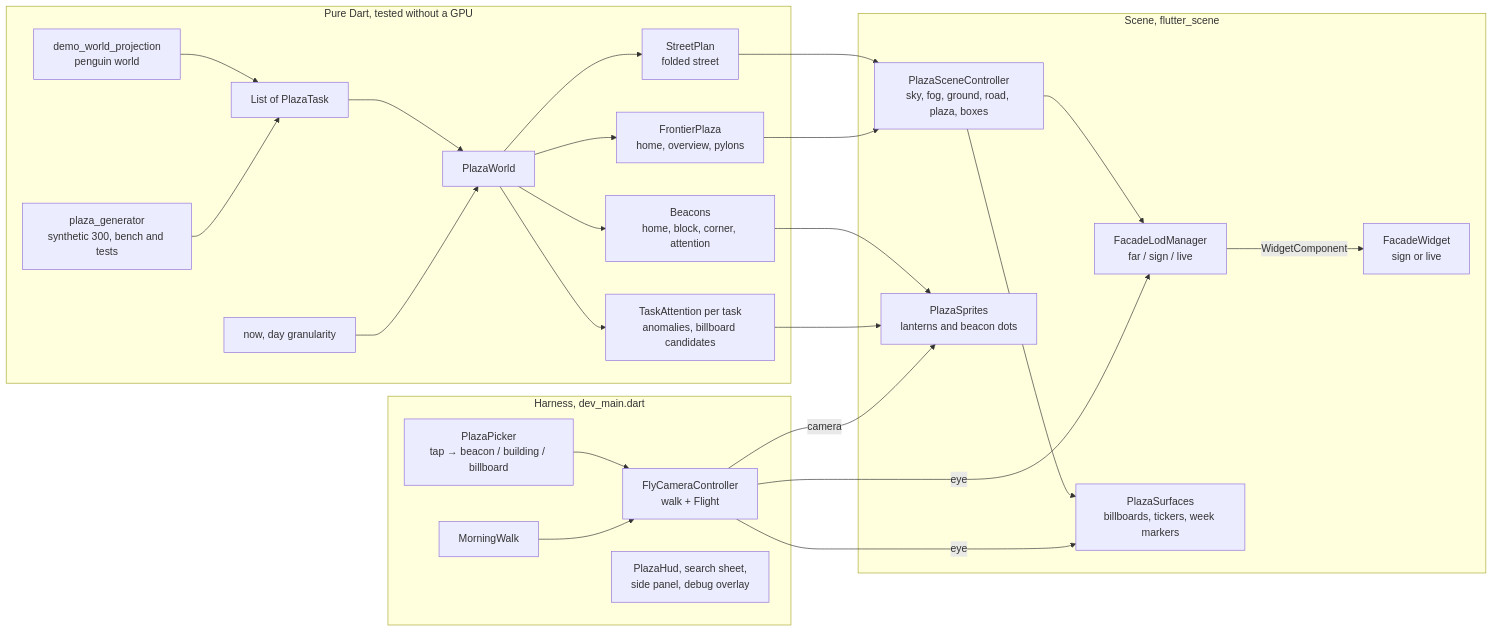
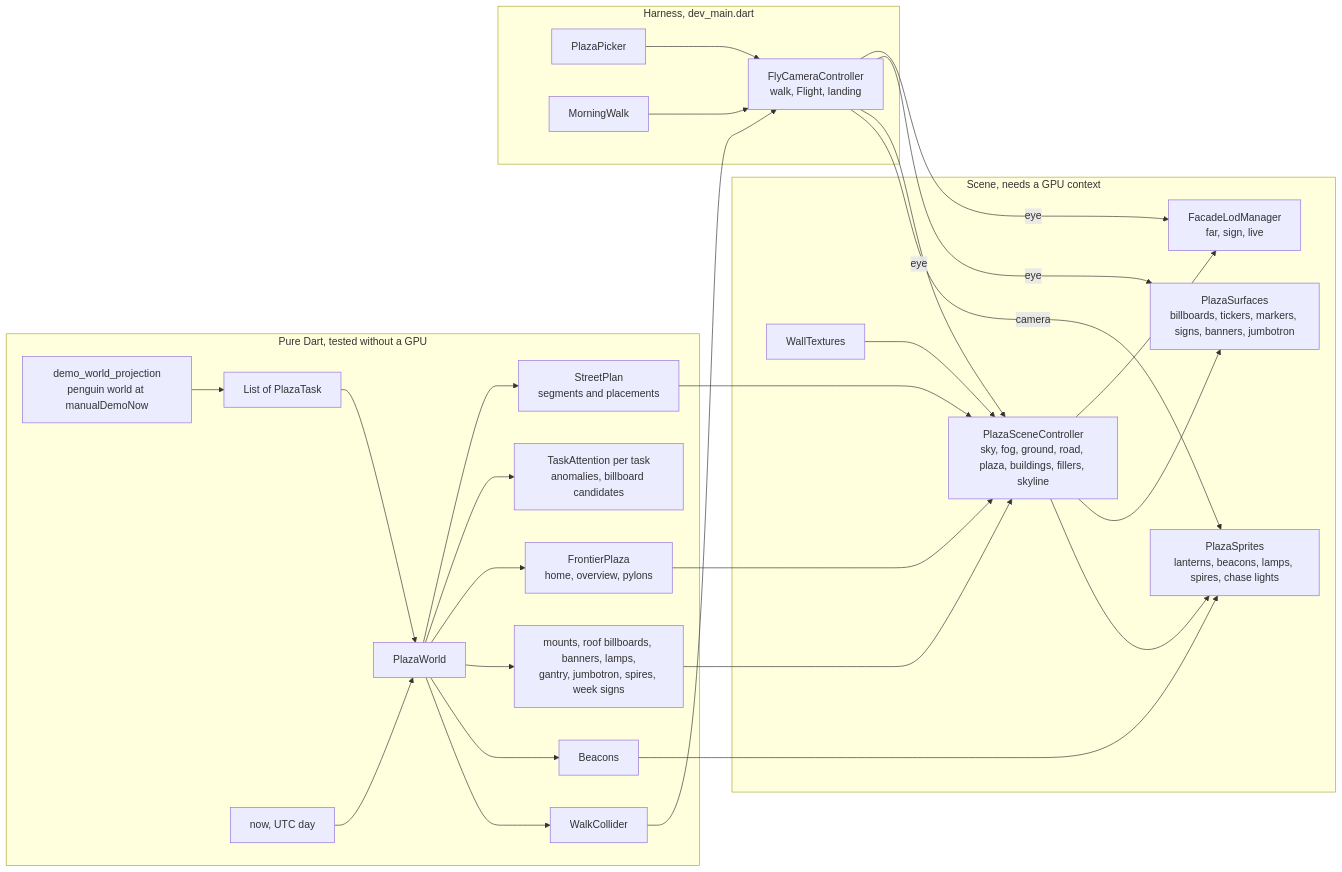
Before and after one commit to matthiasn/lotti: the first of 4 diagrams in knowledge/features/plaza.md, drawn with Mermaid. The commit also changed other lines of this file and 5 other files, not shown here.

````diff
--- a/knowledge/features/plaza.md
+++ b/knowledge/features/plaza.md
@@ -63,30 +95,33 @@
 ```mermaid
 flowchart LR
-  subgraph data [Pure Dart, tested without a GPU]
-    Demo[demo_world_projection\npenguin world] --> Tasks[List of PlazaTask]
-    Gen[plaza_generator\nsynthetic 300, bench and tests] --> Tasks
-    Tasks --> World[PlazaWorld]
-    Clock[now, day granularity] --> World
-    World --> Plan[StreetPlan\nfolded street]
-    World --> Att[TaskAttention per task\nanomalies, billboard candidates]
-    World --> Plaza[FrontierPlaza\nhome, overview, pylons]
-    World --> Beacons[Beacons\nhome, block, corner, attention]
+  subgraph pure ["Pure Dart, tested without a GPU"]
+    Demo["demo_world_projection<br/>penguin world at manualDemoNow"] --> Tasks["List of PlazaTask"]
+    Tasks --> World["PlazaWorld"]
+    Clock["now, UTC day"] --> World
+    World --> Plan["StreetPlan<br/>segments and placements"]
+    World --> Att["TaskAttention per task<br/>anomalies, billboard candidates"]
+    World --> Plaza["FrontierPlaza<br/>home, overview, pylons"]
+    World --> Overlays["mounts, roof billboards, banners, lamps,<br/>gantry, jumbotron, spires, week signs"]
+    World --> Beacons["Beacons"]
+    World --> Collider["WalkCollider"]
   end
-  subgraph scene [Scene, flutter_scene]
-    Plan --> SceneCtl[PlazaSceneController\nsky, fog, ground, road, plaza, boxes]
-    Plaza --> SceneCtl
-    SceneCtl --> LOD[FacadeLodManager\nfar / sign / live]
-    SceneCtl --> Surfaces[PlazaSurfaces\nbillboards, tickers, week markers]
-    Beacons --> Sprites[PlazaSprites\nlanterns and beacon dots]
-    Att --> Sprites
-    LOD -->|WidgetComponent| Facade[FacadeWidget\nsign or live]
+  subgraph scene ["Scene, needs a GPU context"]
+    Plan --> Ctl["PlazaSceneController<br/>sky, fog, ground, road, plaza, buildings, fillers, skyline"]
+    Plaza --> Ctl
+    Overlays --> Ctl
+    Walls["WallTextures"] --> Ctl
+    Ctl --> LOD["FacadeLodManager<br/>far, sign, live"]
+    Ctl --> Surfaces["PlazaSurfaces<br/>billboards, tickers, markers, signs, banners, jumbotron"]
+    Ctl --> Sprites["PlazaSprites<br/>lanterns, beacons, lamps, spires, chase lights"]
+    Beacons --> Sprites
   end
-  subgraph harness [Harness, dev_main.dart]
-    Cam[FlyCameraController\nwalk + Flight] -->|eye| LOD
+  subgraph harness ["Harness, dev_main.dart"]
+    Cam["FlyCameraController<br/>walk, Flight, landing"] -->|eye| LOD
     Cam -->|eye| Surfaces
+    Cam -->|eye| Ctl
     Cam -->|camera| Sprites
-    Picker[PlazaPicker\ntap → beacon / building / billboard] --> Cam
-    Walk[MorningWalk] --> Cam
-    HUD[PlazaHud, search sheet,\nside panel, debug overlay]
+    Picker["PlazaPicker"] --> Cam
+    Walk["MorningWalk"] --> Cam
+    Collider --> Cam
   end
 ```
````
